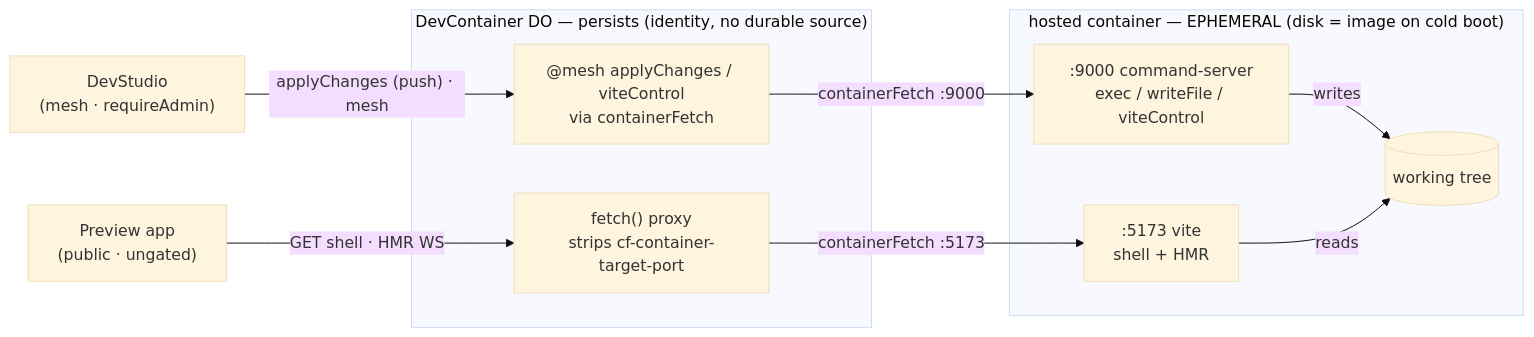
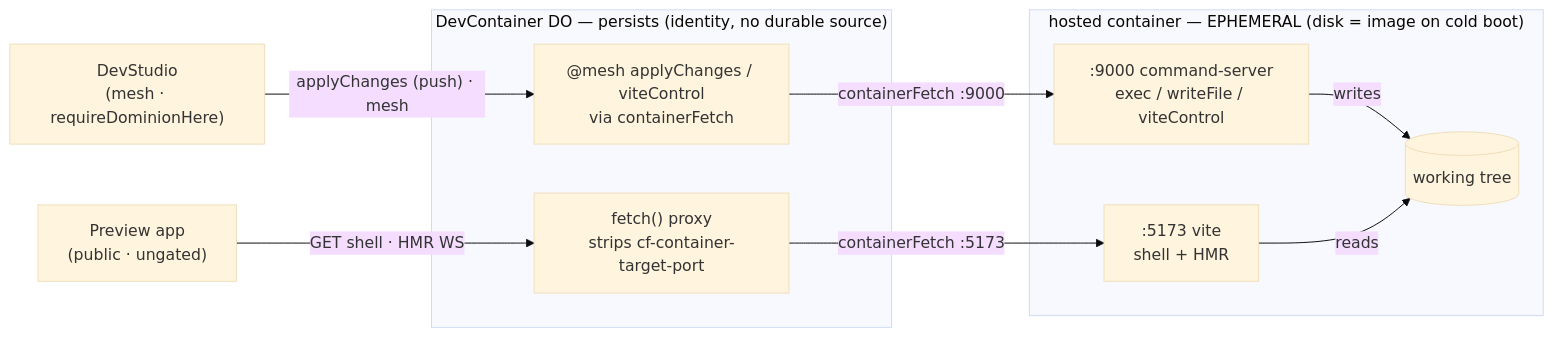
Before and after one commit to lumenize/lumenize: the ninth of 9 diagrams in tasks/reference/nebula-dev-flows.md, drawn with Mermaid (base theme). The commit also changed other lines of this file and 78 other files, not shown here.

````diff
--- a/tasks/reference/nebula-dev-flows.md
+++ b/tasks/reference/nebula-dev-flows.md
@@ -299,23 +299,23 @@
 ```mermaid
 flowchart LR
     PV["Preview app<br/>(public · ungated)"]
-    STU["DevStudio<br/>(mesh · requireAdmin)"]
+    STU["DevStudio<br/>(mesh · requireDominionHere)"]
 
     subgraph DO["DevContainer DO — persists (identity, no durable source)"]
         F["fetch() proxy<br/>strips cf-container-target-port"]
         M["@mesh applyChanges / viteControl<br/>via containerFetch"]
     end
 
     subgraph C["hosted container — EPHEMERAL (disk = image on cold boot)"]
         V[":5173 vite<br/>shell + HMR"]
         K[":9000 command-server<br/>exec / writeFile / viteControl"]
         T[("working tree")]
     end
 
     PV -->|"GET shell · HMR WS"| F
     F -->|"containerFetch :5173"| V
     STU -->|"applyChanges (push) · mesh"| M
     M -->|"containerFetch :9000"| K
     K -->|"writes"| T
     V -->|"reads"| T
 ```
````
